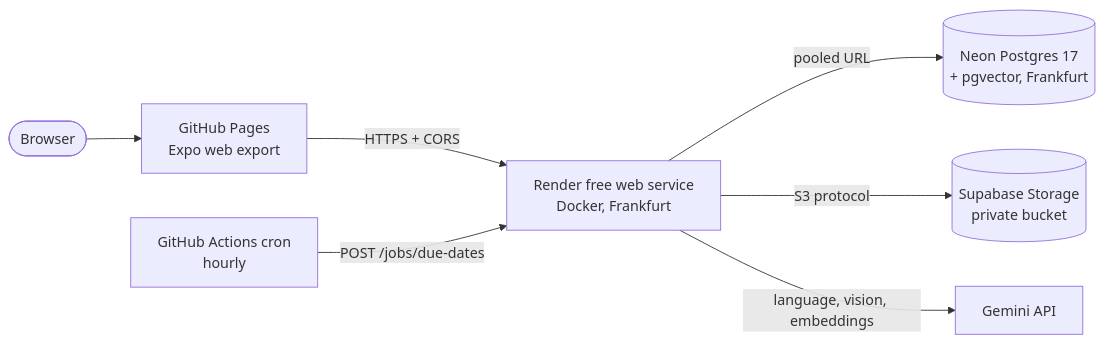
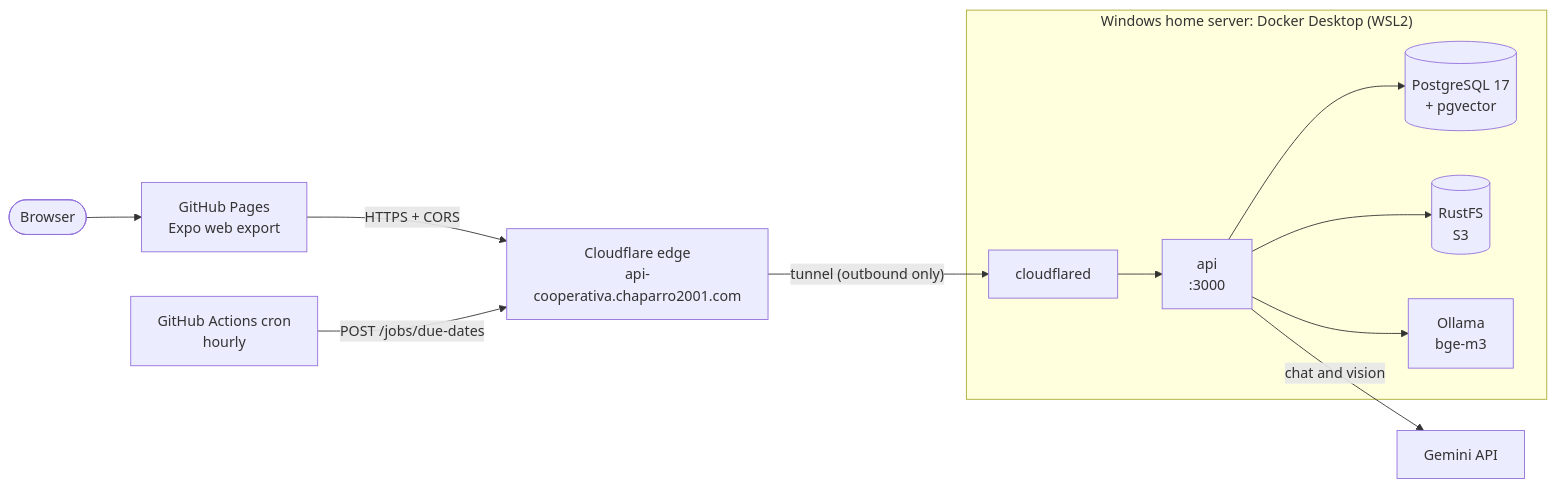
One commit to chaparro2001/multiCooperativa changed the diagram in docs/04-deployment.md. Above: the diagram before and after it, drawn with Mermaid. The commit also changed other lines of this file and 13 other files, not shown here.

First line of the commit message:
feat(deploy): home server stack with Cloudflare Tunnel for the hosted demo (ADR-012)

````diff
--- a/docs/04-deployment.md
+++ b/docs/04-deployment.md
@@ -7,9 +7,14 @@
 ```mermaid
 flowchart LR
   user([Browser]) --> pages["GitHub Pages<br/>Expo web export"]
-  pages -- "HTTPS + CORS" --> api["Render free web service<br/>Docker, Frankfurt"]
-  api -- "pooled URL" --> neon[("Neon Postgres 17<br/>+ pgvector, Frankfurt")]
-  api -- "S3 protocol" --> storage[("Supabase Storage<br/>private bucket")]
-  api -- "language, vision, embeddings" --> gemini["Gemini API"]
-  cron["GitHub Actions cron<br/>hourly"] -- "POST /jobs/due-dates" --> api
+  pages -- "HTTPS + CORS" --> cf["Cloudflare edge<br/>api-cooperativa.chaparro2001.com"]
+  cf -- "tunnel (outbound only)" --> cloudflared
+  subgraph server ["Windows home server: Docker Desktop (WSL2)"]
+    cloudflared["cloudflared"] --> api["api<br/>:3000"]
+    api --> pg[("PostgreSQL 17<br/>+ pgvector")]
+    api --> s3[("RustFS<br/>S3")]
+    api --> ollama["Ollama<br/>bge-m3"]
+  end
+  api -- "chat and vision" --> gemini["Gemini API"]
+  cron["GitHub Actions cron<br/>hourly"] -- "POST /jobs/due-dates" --> cf
 ```
````
